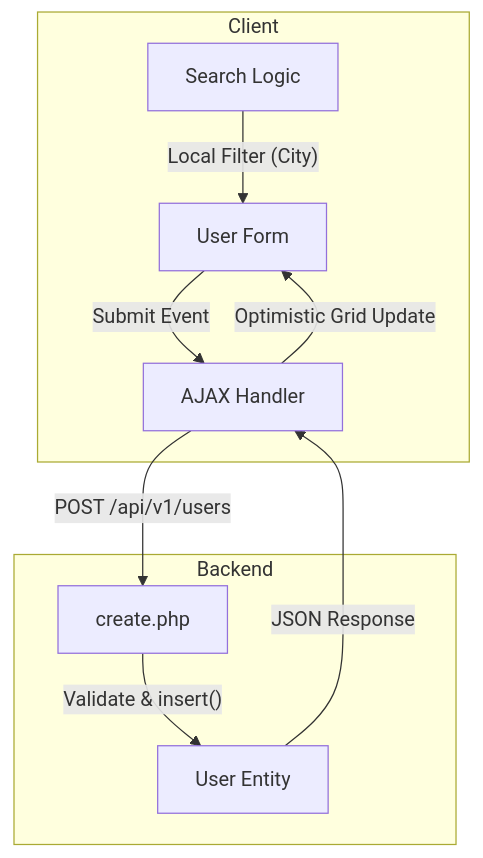
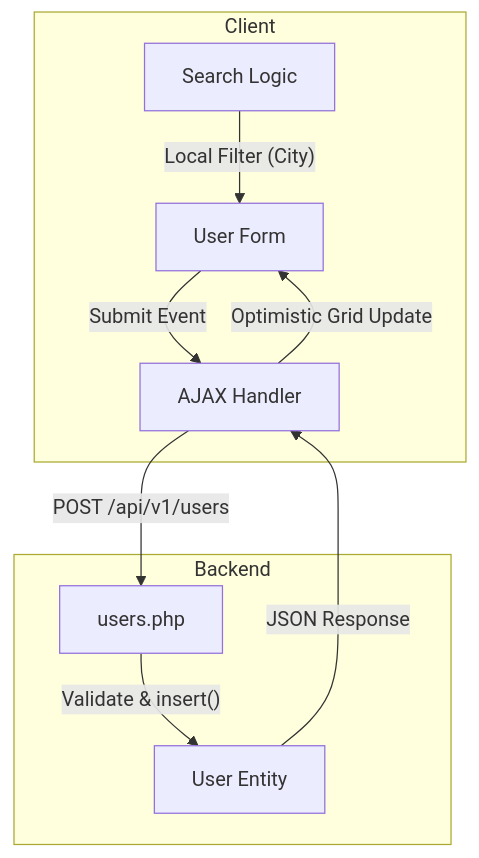
One commit to playonweb/bsp changed the second of 4 diagrams in app/docs/system-design.md. Above: the diagram before and after it, drawn with Mermaid. The commit also changed other lines of this file, not shown here.

````diff
--- a/app/docs/system-design.md
+++ b/app/docs/system-design.md
@@ -235,22 +235,22 @@
 ```mermaid
 graph TD
     subgraph Client
         Form[User Form]
         JS_Filter[Search Logic]
         AJAX[AJAX Handler]
     end
 
     subgraph Backend
-        Create[create.php]
+        Create[users.php]
         U_Model[User Entity]
     end
 
     Form -- "Submit Event" --> AJAX
     AJAX -- "POST /api/v1/users" --> Create
     Create -- "Validate & insert()" --> U_Model
     U_Model -- "JSON Response" --> AJAX
     AJAX -- "Optimistic Grid Update" --> Form
     
     JS_Filter -- "Local Filter (City)" --> Form
 
 ```
````
